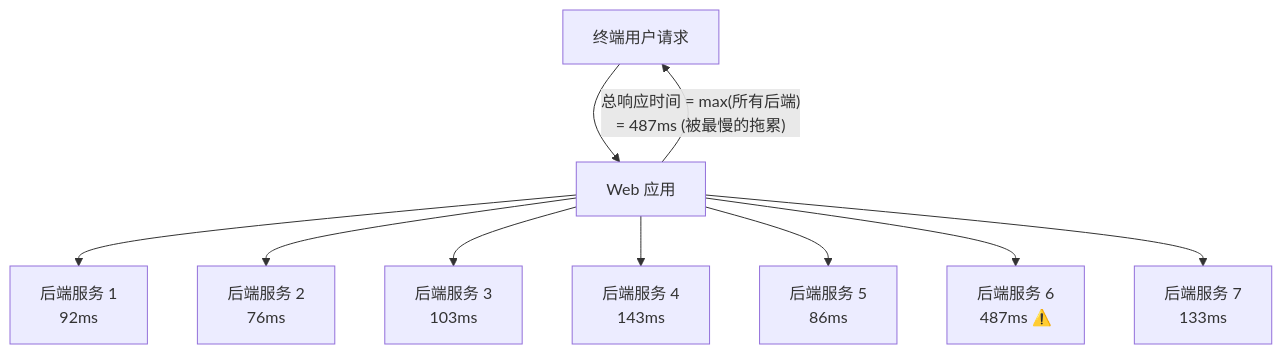
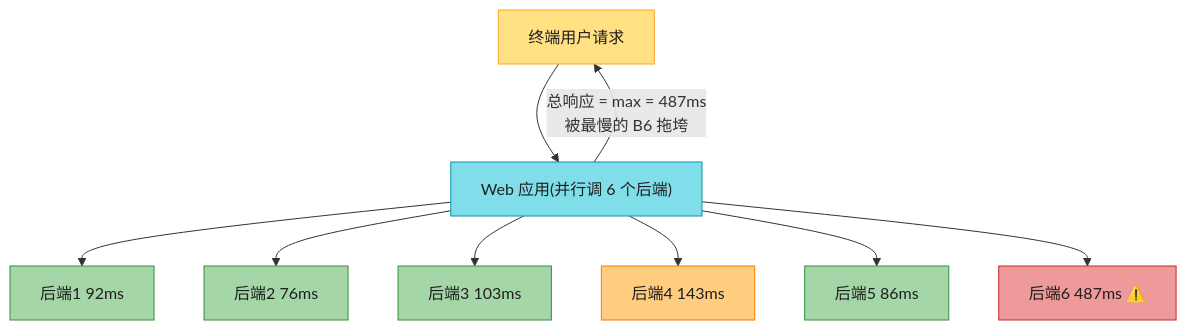
One commit to socoo123/ddia_2nd changed the ninth of 18 diagrams in ch02-定义非功能性需求.md. Above: the diagram before and after it, drawn with Mermaid. The commit also changed other lines of this file and 8 other files, not shown here.

First line of the commit message:
重写 ch01-ch09 读书笔记：风格统一 + 内容扩充 + 大量图表

````diff
--- a/ch02-定义非功能性需求.md
+++ b/ch02-定义非功能性需求.md
@@ -272,24 +358,29 @@
 ```mermaid
-graph TB
+flowchart TB
     USER["终端用户请求"]
-    APP["Web 应用"]
-
-    B1["后端服务 1<br/>92ms"]
-    B2["后端服务 2<br/>76ms"]
-    B3["后端服务 3<br/>103ms"]
-    B4["后端服务 4<br/>143ms"]
-    B5["后端服务 5<br/>86ms"]
-    B6["后端服务 6<br/>487ms ⚠️"]
-    B7["后端服务 7<br/>133ms"]
+    APP["Web 应用(并行调 6 个后端)"]
+    B1["后端1 92ms"]
+    B2["后端2 76ms"]
+    B3["后端3 103ms"]
+    B4["后端4 143ms"]
+    B5["后端5 86ms"]
+    B6["后端6 487ms ⚠️"]
 
     USER --> APP
     APP --> B1
     APP --> B2
     APP --> B3
     APP --> B4
     APP --> B5
     APP --> B6
-    APP --> B7
+    APP -->|"总响应 = max = 487ms<br/>被最慢的 B6 拖垮"| USER
 
-    APP -->|"总响应时间 = max(所有后端)<br/>= 487ms (被最慢的拖累)"| USER
+    style USER fill:#FFE082,stroke:#F9A825,color:#1f1f1f
+    style APP fill:#80DEEA,stroke:#0097A7,color:#1f1f1f
+    style B1 fill:#A5D6A7,stroke:#388E3C,color:#1f1f1f
+    style B2 fill:#A5D6A7,stroke:#388E3C,color:#1f1f1f
+    style B3 fill:#A5D6A7,stroke:#388E3C,color:#1f1f1f
+    style B4 fill:#FFCC80,stroke:#F57C00,color:#1f1f1f
+    style B5 fill:#A5D6A7,stroke:#388E3C,color:#1f1f1f
+    style B6 fill:#EF9A9A,stroke:#C62828,color:#1f1f1f
 ```
````
